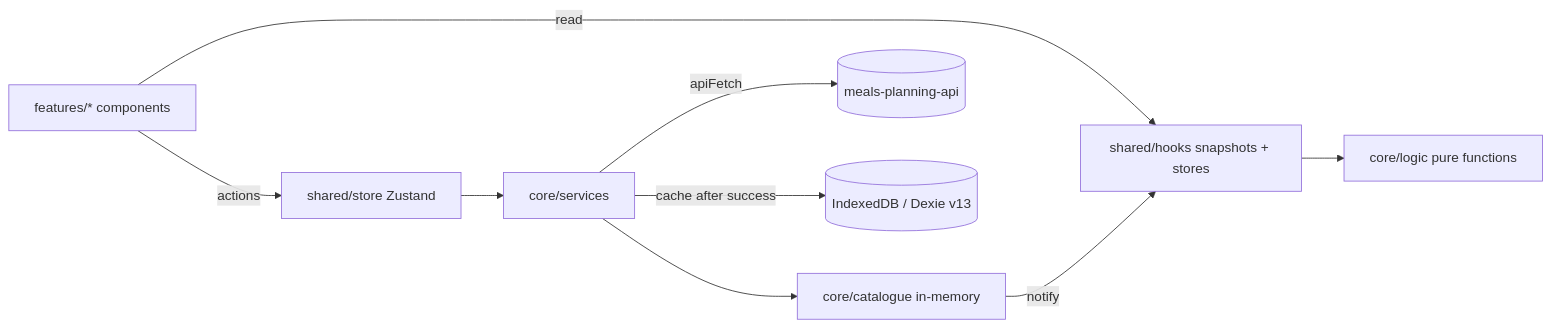
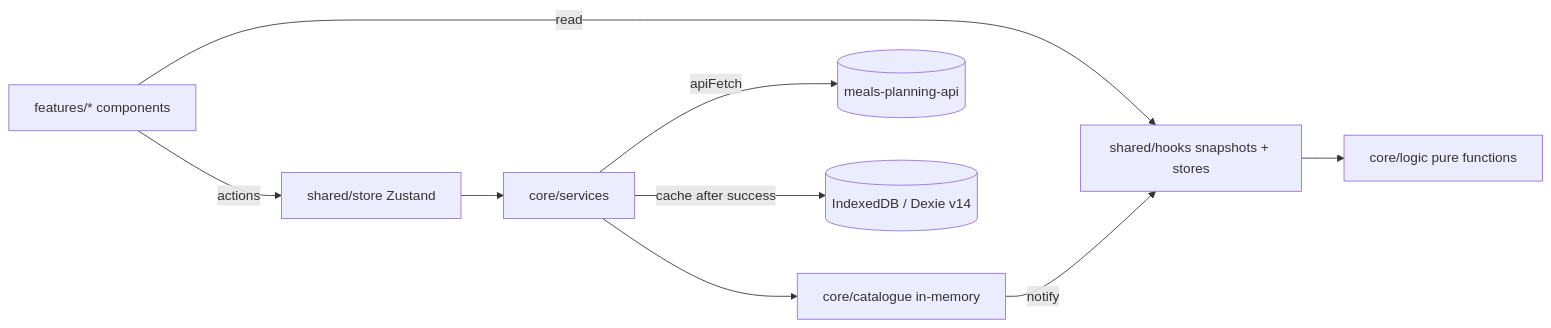
Before and after one commit to Jduquenne/artemis-foodlab: the diagram in docs/architecture.md, drawn with Mermaid. The commit also changed other lines of this file and 19 other files, not shown here.

````diff
--- a/docs/architecture.md
+++ b/docs/architecture.md
@@ -9,11 +9,11 @@
 ```mermaid
 flowchart LR
   UI[features/* components] -->|read| Snap[shared/hooks snapshots + stores]
   UI -->|actions| Store[shared/store Zustand]
   Store --> Svc[core/services]
   Svc -->|apiFetch| API[(meals-planning-api)]
-  Svc -->|cache after success| IDB[(IndexedDB / Dexie v13)]
+  Svc -->|cache after success| IDB[(IndexedDB / Dexie v14)]
   Svc --> Cat[core/catalogue in-memory]
   Cat -->|notify| Snap
   Snap --> Logic[core/logic pure functions]
 ```
````
